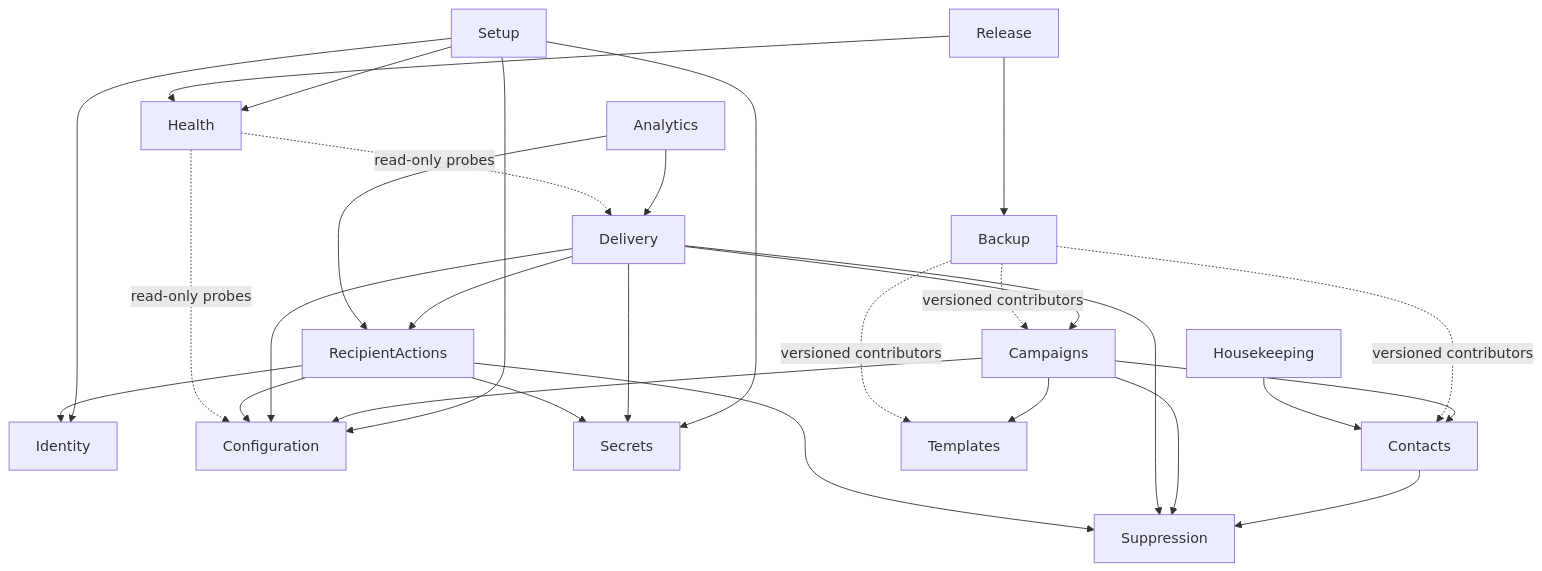
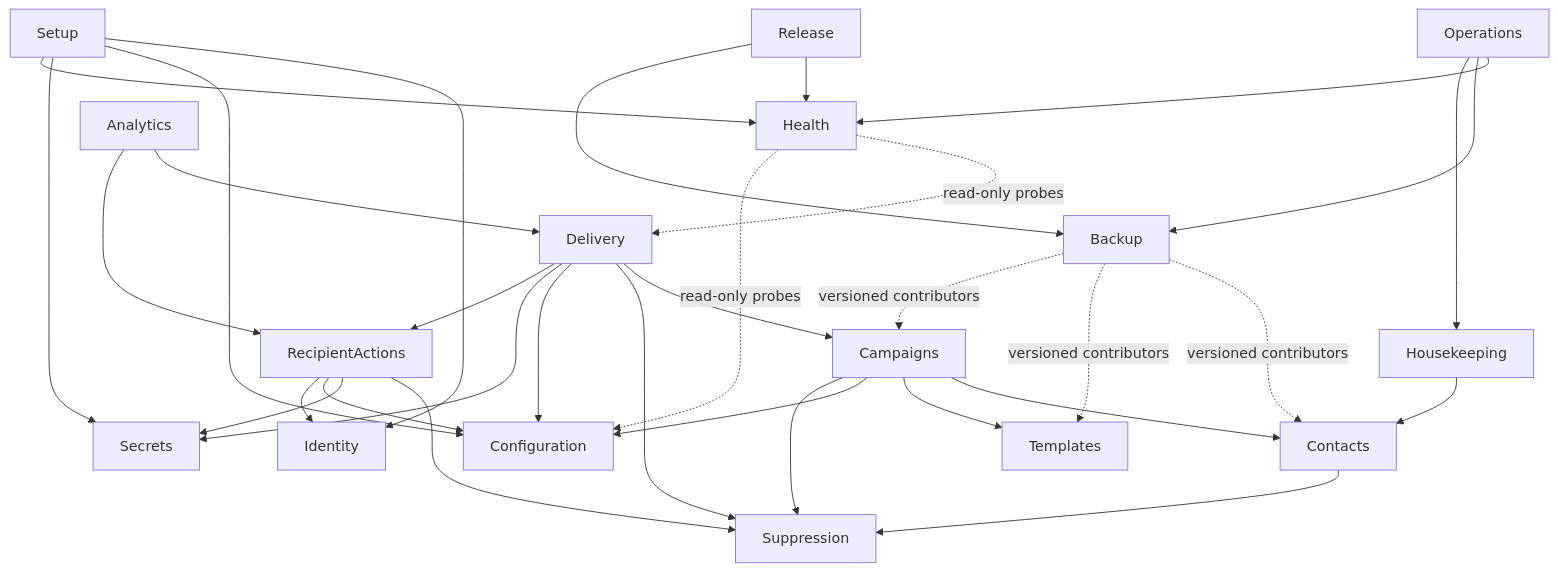
Before and after one commit to Attory/emailer-next: the diagram in docs/module-boundaries.md, drawn with Mermaid. The commit also changed other lines of this file and 89 other files, not shown here.

````diff
--- a/docs/module-boundaries.md
+++ b/docs/module-boundaries.md
@@ -59,31 +60,34 @@
 ```mermaid
 flowchart TD
     Setup --> Identity
     Setup --> Configuration
     Setup --> Secrets
     Setup --> Health
     Contacts --> Suppression
     Campaigns --> Contacts
     Campaigns --> Templates
     Campaigns --> Configuration
     Campaigns --> Suppression
     Delivery --> Campaigns
     Delivery --> Suppression
     Delivery --> Configuration
     Delivery --> Secrets
     Delivery --> RecipientActions
     RecipientActions --> Suppression
     RecipientActions --> Secrets
     RecipientActions --> Configuration
     RecipientActions --> Identity
     Analytics --> Delivery
     Analytics --> RecipientActions
     Health -. read-only probes .-> Delivery
     Health -. read-only probes .-> Configuration
     Backup -. versioned contributors .-> Contacts
     Backup -. versioned contributors .-> Templates
     Backup -. versioned contributors .-> Campaigns
     Release --> Health
     Release --> Backup
     Housekeeping --> Contacts
+    Operations --> Health
+    Operations --> Backup
+    Operations --> Housekeeping
 ```
````
